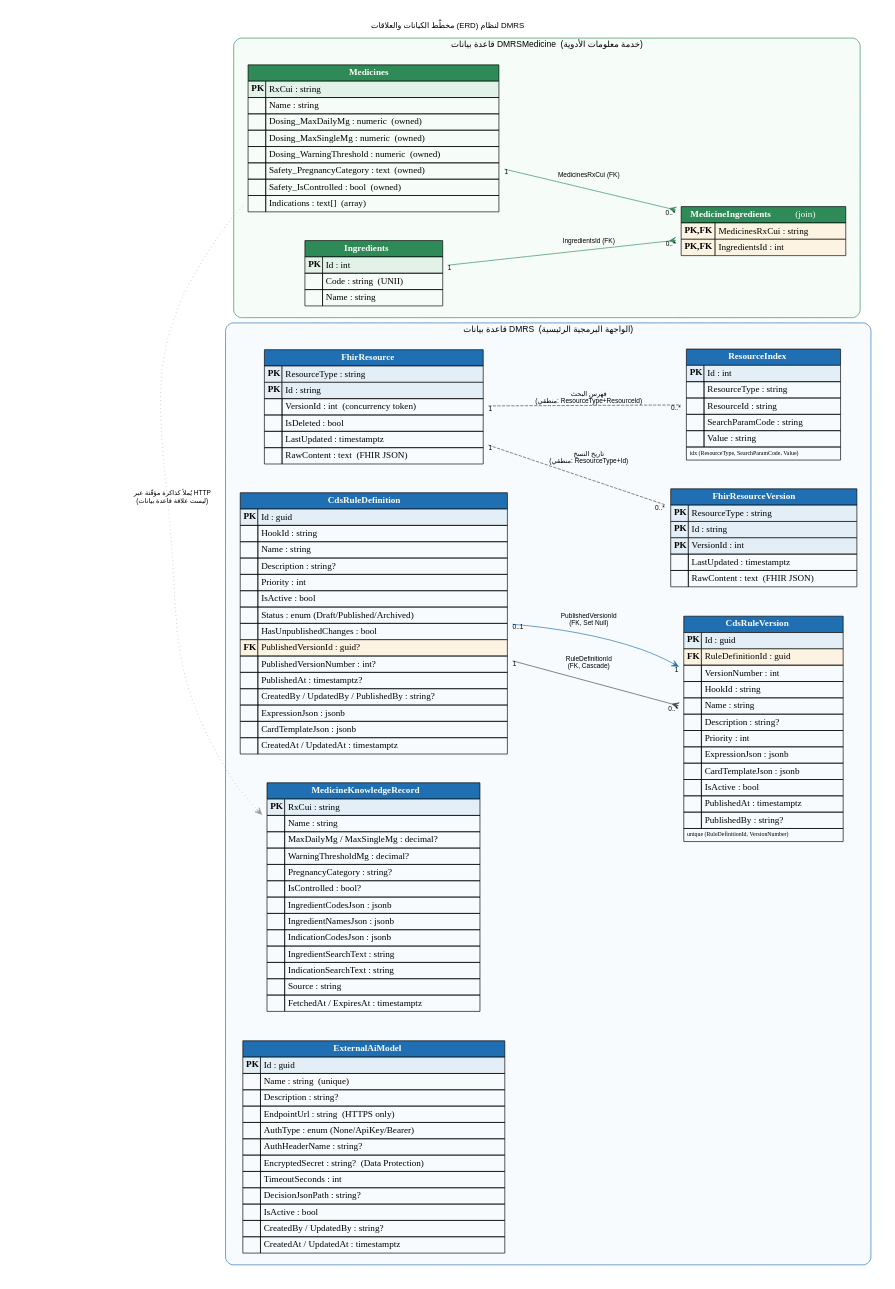
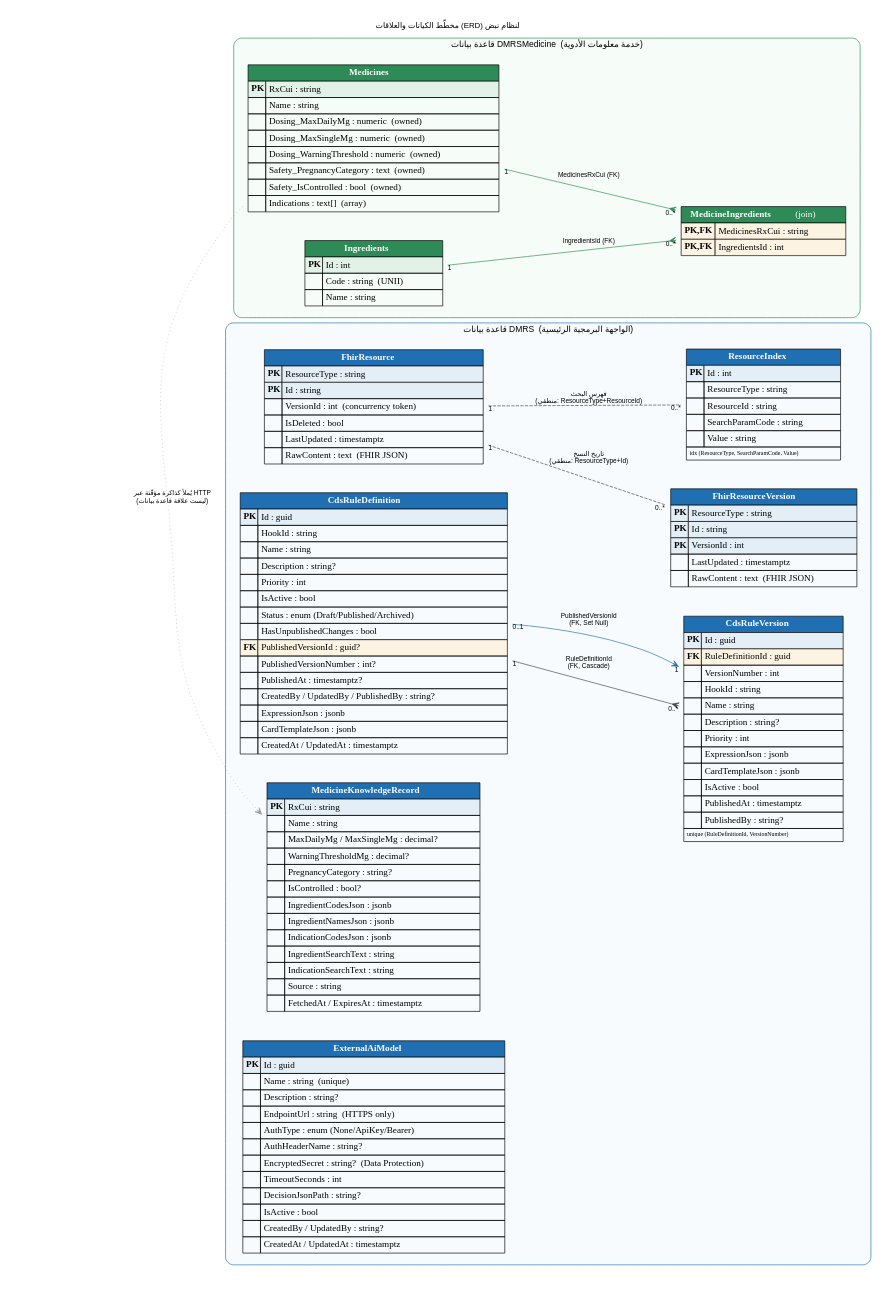
One commit to Khair69/DMRS changed the diagram in docs/diagrams/erd.dot. Above: the diagram before and after it, drawn with Graphviz. The commit also changed 64 other files, not shown here.

Commit message:
renamed from DMRS to NABD

```diff
--- a/docs/diagrams/erd.dot
+++ b/docs/diagrams/erd.dot
@@ -1,180 +1,180 @@
-// ERD — DMRS (verified against AppDbContext + Domain entities + migrations)
+// ERD — Nabd (verified against AppDbContext + Domain entities + migrations)
 // Render:  dot -Tpng erd.dot -o erd.png      dot -Tsvg erd.dot -o erd.svg
 digraph ERD {
   rankdir=LR;
   graph [fontname="Arial", fontsize=12, labelloc="t",
-         label="مخطّط الكيانات والعلاقات (ERD) لنظام DMRS", splines=spline, nodesep=0.5, ranksep=1.0, pad=0.3];
+         label="مخطّط الكيانات والعلاقات (ERD) لنظام نبض", splines=spline, nodesep=0.5, ranksep=1.0, pad=0.3];
   node  [shape=plaintext, fontname="Consolas"];
   edge  [fontname="Arial", fontsize=10, color="#444444"];
 
   // ===================== Database 1: DMRS (main API) =====================
   subgraph cluster_dmrs {
     label="قاعدة بيانات DMRS  (الواجهة البرمجية الرئيسية)";
     fontname="Arial"; fontsize=13; style="rounded"; color="#1F6FB2"; bgcolor="#F7FBFD"; margin=14;
 
     FhirResource [label=<
       <TABLE BORDER="0" CELLBORDER="1" CELLSPACING="0" CELLPADDING="4">
       <TR><TD COLSPAN="2" BGCOLOR="#1F6FB2"><FONT COLOR="white"><B>FhirResource</B></FONT></TD></TR>
       <TR><TD BGCOLOR="#E3EEF6"><B>PK</B></TD><TD ALIGN="LEFT" BGCOLOR="#E3EEF6">ResourceType : string</TD></TR>
       <TR><TD BGCOLOR="#E3EEF6"><B>PK</B></TD><TD ALIGN="LEFT" BGCOLOR="#E3EEF6">Id : string</TD></TR>
       <TR><TD>  </TD><TD ALIGN="LEFT">VersionId : int  (concurrency token)</TD></TR>
       <TR><TD>  </TD><TD ALIGN="LEFT">IsDeleted : bool</TD></TR>
       <TR><TD>  </TD><TD ALIGN="LEFT">LastUpdated : timestamptz</TD></TR>
       <TR><TD>  </TD><TD ALIGN="LEFT">RawContent : text  (FHIR JSON)</TD></TR>
       </TABLE>>];
 
     FhirResourceVersion [label=<
       <TABLE BORDER="0" CELLBORDER="1" CELLSPACING="0" CELLPADDING="4">
       <TR><TD COLSPAN="2" BGCOLOR="#1F6FB2"><FONT COLOR="white"><B>FhirResourceVersion</B></FONT></TD></TR>
       <TR><TD BGCOLOR="#E3EEF6"><B>PK</B></TD><TD ALIGN="LEFT" BGCOLOR="#E3EEF6">ResourceType : string</TD></TR>
       <TR><TD BGCOLOR="#E3EEF6"><B>PK</B></TD><TD ALIGN="LEFT" BGCOLOR="#E3EEF6">Id : string</TD></TR>
       <TR><TD BGCOLOR="#E3EEF6"><B>PK</B></TD><TD ALIGN="LEFT" BGCOLOR="#E3EEF6">VersionId : int</TD></TR>
       <TR><TD>  </TD><TD ALIGN="LEFT">LastUpdated : timestamptz</TD></TR>
       <TR><TD>  </TD><TD ALIGN="LEFT">RawContent : text  (FHIR JSON)</TD></TR>
       </TABLE>>];
 
     ResourceIndex [label=<
       <TABLE BORDER="0" CELLBORDER="1" CELLSPACING="0" CELLPADDING="4">
       <TR><TD COLSPAN="2" BGCOLOR="#1F6FB2"><FONT COLOR="white"><B>ResourceIndex</B></FONT></TD></TR>
       <TR><TD BGCOLOR="#E3EEF6"><B>PK</B></TD><TD ALIGN="LEFT" BGCOLOR="#E3EEF6">Id : int</TD></TR>
       <TR><TD>  </TD><TD ALIGN="LEFT">ResourceType : string</TD></TR>
       <TR><TD>  </TD><TD ALIGN="LEFT">ResourceId : string</TD></TR>
       <TR><TD>  </TD><TD ALIGN="LEFT">SearchParamCode : string</TD></TR>
       <TR><TD>  </TD><TD ALIGN="LEFT">Value : string</TD></TR>
       <TR><TD COLSPAN="2" ALIGN="LEFT"><FONT POINT-SIZE="9">idx (ResourceType, SearchParamCode, Value)</FONT></TD></TR>
       </TABLE>>];
 
     CdsRuleDefinition [label=<
       <TABLE BORDER="0" CELLBORDER="1" CELLSPACING="0" CELLPADDING="4">
       <TR><TD COLSPAN="2" BGCOLOR="#1F6FB2"><FONT COLOR="white"><B>CdsRuleDefinition</B></FONT></TD></TR>
       <TR><TD BGCOLOR="#E3EEF6"><B>PK</B></TD><TD ALIGN="LEFT" BGCOLOR="#E3EEF6">Id : guid</TD></TR>
       <TR><TD>  </TD><TD ALIGN="LEFT">HookId : string</TD></TR>
       <TR><TD>  </TD><TD ALIGN="LEFT">Name : string</TD></TR>
       <TR><TD>  </TD><TD ALIGN="LEFT">Description : string?</TD></TR>
       <TR><TD>  </TD><TD ALIGN="LEFT">Priority : int</TD></TR>
       <TR><TD>  </TD><TD ALIGN="LEFT">IsActive : bool</TD></TR>
       <TR><TD>  </TD><TD ALIGN="LEFT">Status : enum (Draft/Published/Archived)</TD></TR>
       <TR><TD>  </TD><TD ALIGN="LEFT">HasUnpublishedChanges : bool</TD></TR>
       <TR><TD BGCOLOR="#FDF3E3"><B>FK</B></TD><TD ALIGN="LEFT" BGCOLOR="#FDF3E3">PublishedVersionId : guid?</TD></TR>
       <TR><TD>  </TD><TD ALIGN="LEFT">PublishedVersionNumber : int?</TD></TR>
       <TR><TD>  </TD><TD ALIGN="LEFT">PublishedAt : timestamptz?</TD></TR>
       <TR><TD>  </TD><TD ALIGN="LEFT">CreatedBy / UpdatedBy / PublishedBy : string?</TD></TR>
       <TR><TD>  </TD><TD ALIGN="LEFT">ExpressionJson : jsonb</TD></TR>
       <TR><TD>  </TD><TD ALIGN="LEFT">CardTemplateJson : jsonb</TD></TR>
       <TR><TD>  </TD><TD ALIGN="LEFT">CreatedAt / UpdatedAt : timestamptz</TD></TR>
       </TABLE>>];
 
     CdsRuleVersion [label=<
       <TABLE BORDER="0" CELLBORDER="1" CELLSPACING="0" CELLPADDING="4">
       <TR><TD COLSPAN="2" BGCOLOR="#1F6FB2"><FONT COLOR="white"><B>CdsRuleVersion</B></FONT></TD></TR>
       <TR><TD BGCOLOR="#E3EEF6"><B>PK</B></TD><TD ALIGN="LEFT" BGCOLOR="#E3EEF6">Id : guid</TD></TR>
       <TR><TD BGCOLOR="#FDF3E3"><B>FK</B></TD><TD ALIGN="LEFT" BGCOLOR="#FDF3E3">RuleDefinitionId : guid</TD></TR>
       <TR><TD>  </TD><TD ALIGN="LEFT">VersionNumber : int</TD></TR>
       <TR><TD>  </TD><TD ALIGN="LEFT">HookId : string</TD></TR>
       <TR><TD>  </TD><TD ALIGN="LEFT">Name : string</TD></TR>
       <TR><TD>  </TD><TD ALIGN="LEFT">Description : string?</TD></TR>
       <TR><TD>  </TD><TD ALIGN="LEFT">Priority : int</TD></TR>
       <TR><TD>  </TD><TD ALIGN="LEFT">ExpressionJson : jsonb</TD></TR>
       <TR><TD>  </TD><TD ALIGN="LEFT">CardTemplateJson : jsonb</TD></TR>
       <TR><TD>  </TD><TD ALIGN="LEFT">IsActive : bool</TD></TR>
       <TR><TD>  </TD><TD ALIGN="LEFT">PublishedAt : timestamptz</TD></TR>
       <TR><TD>  </TD><TD ALIGN="LEFT">PublishedBy : string?</TD></TR>
       <TR><TD COLSPAN="2" ALIGN="LEFT"><FONT POINT-SIZE="9">unique (RuleDefinitionId, VersionNumber)</FONT></TD></TR>
       </TABLE>>];
 
     MedicineKnowledgeRecord [label=<
       <TABLE BORDER="0" CELLBORDER="1" CELLSPACING="0" CELLPADDING="4">
       <TR><TD COLSPAN="2" BGCOLOR="#1F6FB2"><FONT COLOR="white"><B>MedicineKnowledgeRecord</B></FONT></TD></TR>
       <TR><TD BGCOLOR="#E3EEF6"><B>PK</B></TD><TD ALIGN="LEFT" BGCOLOR="#E3EEF6">RxCui : string</TD></TR>
       <TR><TD>  </TD><TD ALIGN="LEFT">Name : string</TD></TR>
       <TR><TD>  </TD><TD ALIGN="LEFT">MaxDailyMg / MaxSingleMg : decimal?</TD></TR>
       <TR><TD>  </TD><TD ALIGN="LEFT">WarningThresholdMg : decimal?</TD></TR>
       <TR><TD>  </TD><TD ALIGN="LEFT">PregnancyCategory : string?</TD></TR>
       <TR><TD>  </TD><TD ALIGN="LEFT">IsControlled : bool?</TD></TR>
       <TR><TD>  </TD><TD ALIGN="LEFT">IngredientCodesJson : jsonb</TD></TR>
       <TR><TD>  </TD><TD ALIGN="LEFT">IngredientNamesJson : jsonb</TD></TR>
       <TR><TD>  </TD><TD ALIGN="LEFT">IndicationCodesJson : jsonb</TD></TR>
       <TR><TD>  </TD><TD ALIGN="LEFT">IngredientSearchText : string</TD></TR>
       <TR><TD>  </TD><TD ALIGN="LEFT">IndicationSearchText : string</TD></TR>
       <TR><TD>  </TD><TD ALIGN="LEFT">Source : string</TD></TR>
       <TR><TD>  </TD><TD ALIGN="LEFT">FetchedAt / ExpiresAt : timestamptz</TD></TR>
       </TABLE>>];
 
     ExternalAiModel [label=<
       <TABLE BORDER="0" CELLBORDER="1" CELLSPACING="0" CELLPADDING="4">
       <TR><TD COLSPAN="2" BGCOLOR="#1F6FB2"><FONT COLOR="white"><B>ExternalAiModel</B></FONT></TD></TR>
       <TR><TD BGCOLOR="#E3EEF6"><B>PK</B></TD><TD ALIGN="LEFT" BGCOLOR="#E3EEF6">Id : guid</TD></TR>
       <TR><TD>  </TD><TD ALIGN="LEFT">Name : string  (unique)</TD></TR>
       <TR><TD>  </TD><TD ALIGN="LEFT">Description : string?</TD></TR>
       <TR><TD>  </TD><TD ALIGN="LEFT">EndpointUrl : string  (HTTPS only)</TD></TR>
       <TR><TD>  </TD><TD ALIGN="LEFT">AuthType : enum (None/ApiKey/Bearer)</TD></TR>
       <TR><TD>  </TD><TD ALIGN="LEFT">AuthHeaderName : string?</TD></TR>
       <TR><TD>  </TD><TD ALIGN="LEFT">EncryptedSecret : string?  (Data Protection)</TD></TR>
       <TR><TD>  </TD><TD ALIGN="LEFT">TimeoutSeconds : int</TD></TR>
       <TR><TD>  </TD><TD ALIGN="LEFT">DecisionJsonPath : string?</TD></TR>
       <TR><TD>  </TD><TD ALIGN="LEFT">IsActive : bool</TD></TR>
       <TR><TD>  </TD><TD ALIGN="LEFT">CreatedBy / UpdatedBy : string?</TD></TR>
       <TR><TD>  </TD><TD ALIGN="LEFT">CreatedAt / UpdatedAt : timestamptz</TD></TR>
       </TABLE>>];
 
     // relationships (DMRS)
     FhirResource -> FhirResourceVersion
         [style=dashed, taillabel="1", headlabel="0..*", arrowhead=none,
          label="تاريخ النسخ\n(منطقي: ResourceType+Id)"];
     FhirResource -> ResourceIndex
         [style=dashed, taillabel="1", headlabel="0..*", arrowhead=none,
          label="فهرس البحث\n(منطقي: ResourceType+ResourceId)"];
     CdsRuleDefinition -> CdsRuleVersion
         [taillabel="1", headlabel="0..*", arrowhead=crow,
          label="RuleDefinitionId\n(FK, Cascade)"];
     CdsRuleDefinition -> CdsRuleVersion
         [taillabel="0..1", headlabel="1", arrowhead=vee, color="#1F6FB2",
          label="PublishedVersionId\n(FK, Set Null)", constraint=false];
   }
 
   // ===================== Database 2: DMRSMedicine (MedicineInfo API) =====================
   subgraph cluster_med {
     label="قاعدة بيانات DMRSMedicine  (خدمة معلومات الأدوية)";
     fontname="Arial"; fontsize=13; style="rounded"; color="#2E8B57"; bgcolor="#F6FCF8"; margin=14;
 
     Medicines [label=<
       <TABLE BORDER="0" CELLBORDER="1" CELLSPACING="0" CELLPADDING="4">
       <TR><TD COLSPAN="2" BGCOLOR="#2E8B57"><FONT COLOR="white"><B>Medicines</B></FONT></TD></TR>
       <TR><TD BGCOLOR="#E3F2E9"><B>PK</B></TD><TD ALIGN="LEFT" BGCOLOR="#E3F2E9">RxCui : string</TD></TR>
       <TR><TD>  </TD><TD ALIGN="LEFT">Name : string</TD></TR>
       <TR><TD>  </TD><TD ALIGN="LEFT">Dosing_MaxDailyMg : numeric  (owned)</TD></TR>
       <TR><TD>  </TD><TD ALIGN="LEFT">Dosing_MaxSingleMg : numeric  (owned)</TD></TR>
       <TR><TD>  </TD><TD ALIGN="LEFT">Dosing_WarningThreshold : numeric  (owned)</TD></TR>
       <TR><TD>  </TD><TD ALIGN="LEFT">Safety_PregnancyCategory : text  (owned)</TD></TR>
       <TR><TD>  </TD><TD ALIGN="LEFT">Safety_IsControlled : bool  (owned)</TD></TR>
       <TR><TD>  </TD><TD ALIGN="LEFT">Indications : text[]  (array)</TD></TR>
       </TABLE>>];
 
     MedicineIngredients [label=<
       <TABLE BORDER="0" CELLBORDER="1" CELLSPACING="0" CELLPADDING="4">
       <TR><TD COLSPAN="2" BGCOLOR="#2E8B57"><FONT COLOR="white"><B>MedicineIngredients</B>  (join)</FONT></TD></TR>
       <TR><TD BGCOLOR="#FDF3E3"><B>PK,FK</B></TD><TD ALIGN="LEFT" BGCOLOR="#FDF3E3">MedicinesRxCui : string</TD></TR>
       <TR><TD BGCOLOR="#FDF3E3"><B>PK,FK</B></TD><TD ALIGN="LEFT" BGCOLOR="#FDF3E3">IngredientsId : int</TD></TR>
       </TABLE>>];
 
     Ingredients [label=<
       <TABLE BORDER="0" CELLBORDER="1" CELLSPACING="0" CELLPADDING="4">
       <TR><TD COLSPAN="2" BGCOLOR="#2E8B57"><FONT COLOR="white"><B>Ingredients</B></FONT></TD></TR>
       <TR><TD BGCOLOR="#E3F2E9"><B>PK</B></TD><TD ALIGN="LEFT" BGCOLOR="#E3F2E9">Id : int</TD></TR>
       <TR><TD>  </TD><TD ALIGN="LEFT">Code : string  (UNII)</TD></TR>
       <TR><TD>  </TD><TD ALIGN="LEFT">Name : string</TD></TR>
       </TABLE>>];
 
     Medicines -> MedicineIngredients
         [taillabel="1", headlabel="0..*", arrowhead=crow, color="#2E8B57",
          label="MedicinesRxCui (FK)"];
     Ingredients -> MedicineIngredients
         [taillabel="1", headlabel="0..*", arrowhead=crow, color="#2E8B57",
          label="IngredientsId (FK)"];
   }
 
   // cross-service note (NOT a DB foreign key — populated over HTTP from the MedicineInfo service)
   Medicines -> MedicineKnowledgeRecord
      [style=dotted, arrowhead=open, color="#999999", constraint=false,
       label="يُملأ كذاكرة مؤقّتة عبر HTTP\n(ليست علاقة قاعدة بيانات)"];
 }
```
